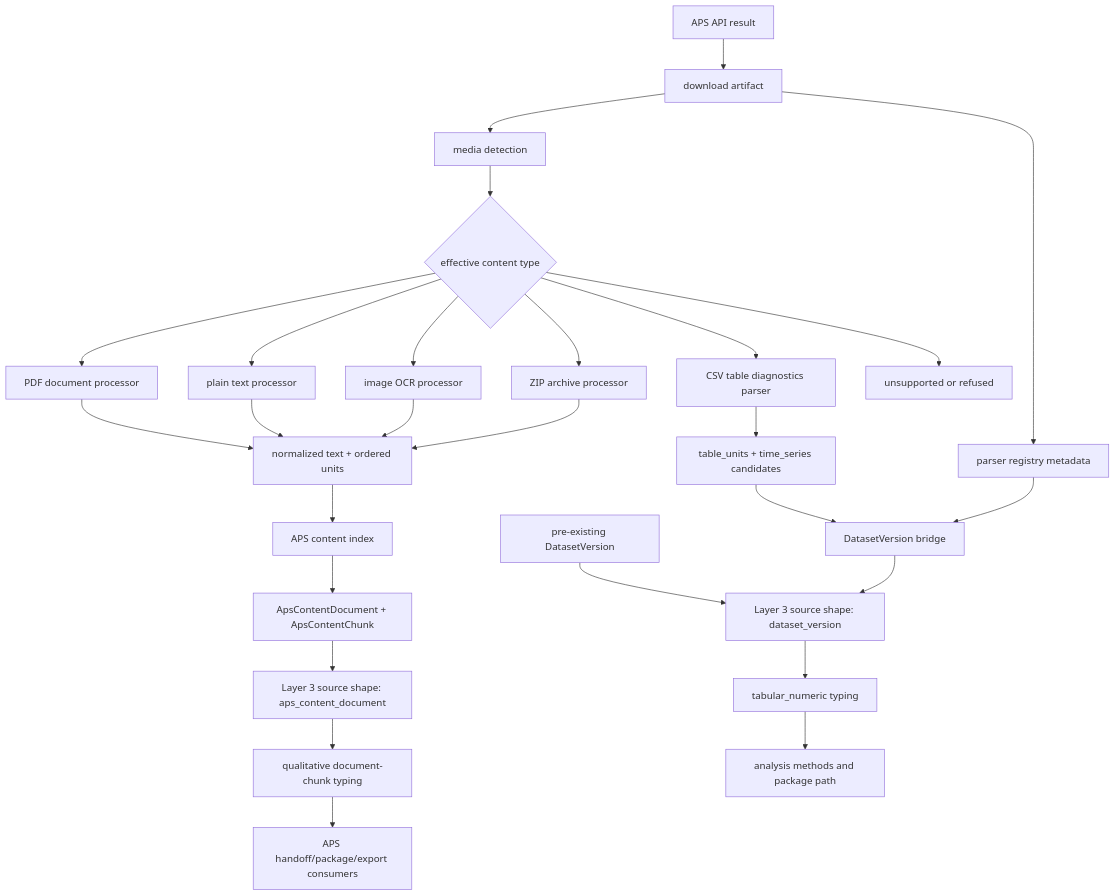
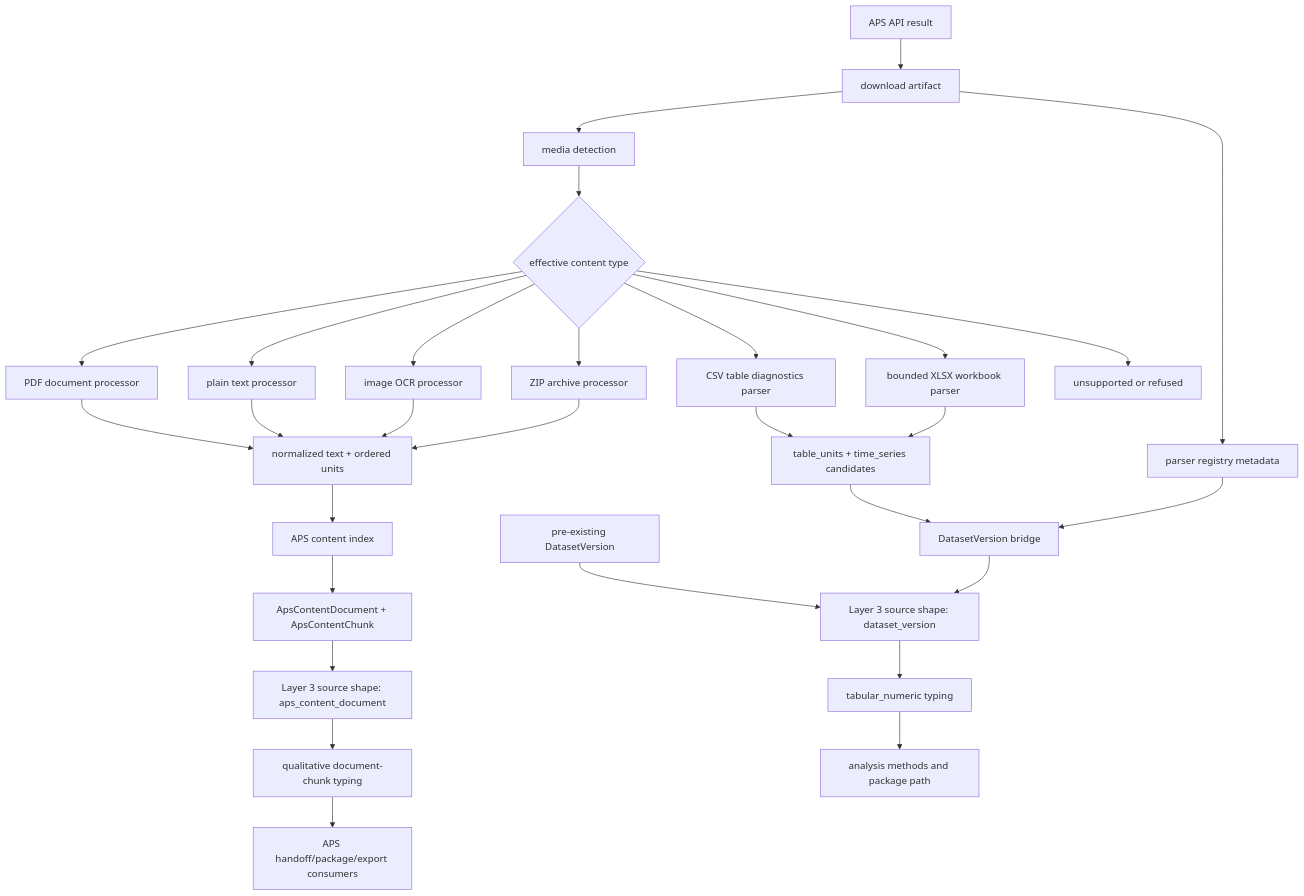
The first of 2 diagrams in next_milestone_plans/multi-ingest/README.md (benjmcd/project6_REPO_MCP_FOLDER), drawn with Mermaid before and after one commit. The commit also changed other lines of this file, not shown here.

````diff
--- a/next_milestone_plans/multi-ingest/README.md
+++ b/next_milestone_plans/multi-ingest/README.md
@@ -55,31 +57,33 @@
 ```mermaid
 flowchart TD
     A["APS API result"] --> B["download artifact"]
     B --> C["media detection"]
     C --> D{"effective content type"}
     D --> E["PDF document processor"]
     D --> F["plain text processor"]
     D --> CSV["CSV table diagnostics parser"]
+    D --> XLSX["bounded XLSX workbook parser"]
     D --> G["image OCR processor"]
     D --> H["ZIP archive processor"]
     D --> I["unsupported or refused"]
     E --> J["normalized text + ordered units"]
     F --> J
     G --> J
     H --> J
     CSV --> TU["table_units + time_series candidates"]
+    XLSX --> TU
     TU --> U["opt-in DatasetVersion bridge"]
     J --> K["APS content index"]
     K --> L["ApsContentDocument + ApsContentChunk"]
     L --> M["Layer 3 source shape: aps_content_document"]
     M --> N["qualitative document-chunk typing"]
     N --> O["APS handoff/package/export consumers"]
 
     P["pre-existing DatasetVersion"] --> Q["Layer 3 source shape: dataset_version"]
     Q --> R["tabular_numeric typing"]
     R --> S["analysis methods and package path"]
 
     B --> T["parser registry metadata"]
     T --> U["DatasetVersion bridge"]
     U --> Q
 ```
````
